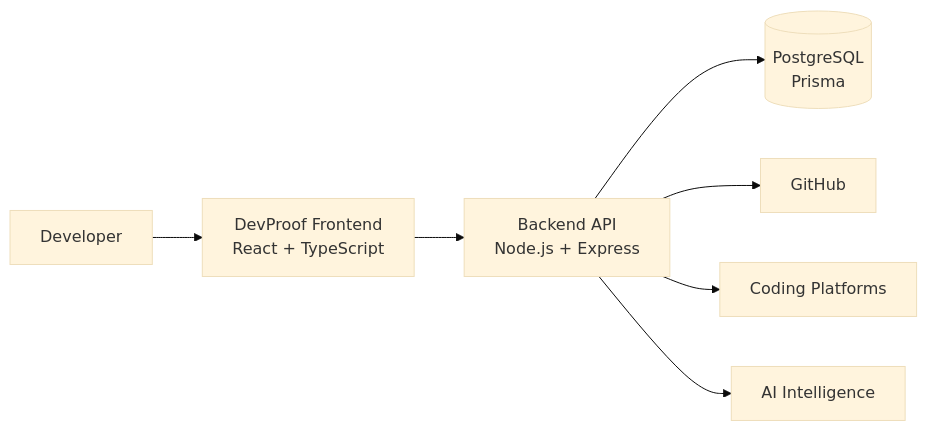
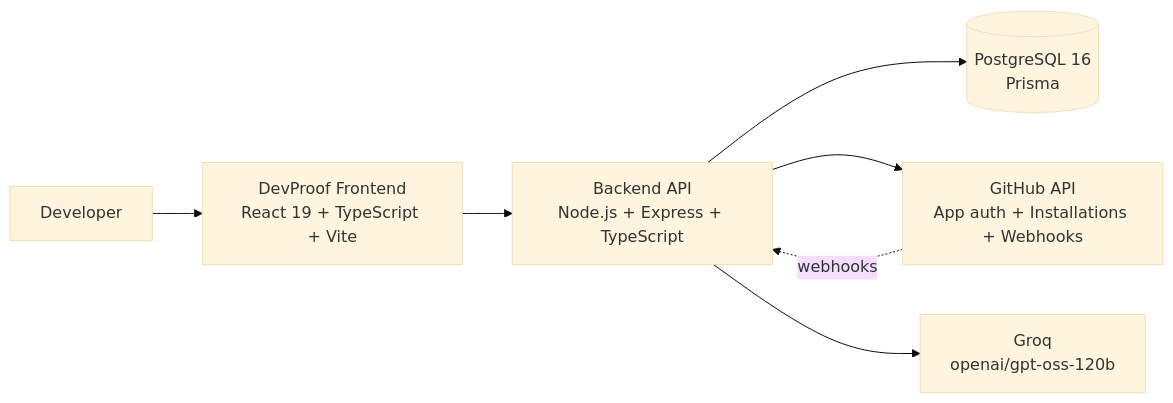
Before and after one commit to IshaanSaxena2005/DevProof: the diagram in README.md, drawn with Mermaid (base theme). The commit also changed other lines of this file, not shown here.

````diff
--- a/README.md
+++ b/README.md
@@ -299,17 +178,16 @@
 ```mermaid
 flowchart LR
     USER["Developer"]
-    FE["DevProof Frontend<br/>React + TypeScript"]
-    API["Backend API<br/>Node.js + Express"]
-    DB[("PostgreSQL<br/>Prisma")]
-    GH["GitHub"]
-    CODE["Coding Platforms"]
-    AI["AI Intelligence"]
+    FE["DevProof Frontend<br/>React 19 + TypeScript + Vite"]
+    API["Backend API<br/>Node.js + Express + TypeScript"]
+    DB[("PostgreSQL 16<br/>Prisma")]
+    GH["GitHub API<br/>App auth + Installations + Webhooks"]
+    AI["Groq<br/>openai/gpt-oss-120b"]
 
     USER --> FE
     FE --> API
     API --> DB
     API --> GH
-    API --> CODE
+    GH -. webhooks .-> API
     API --> AI
 ```
````
